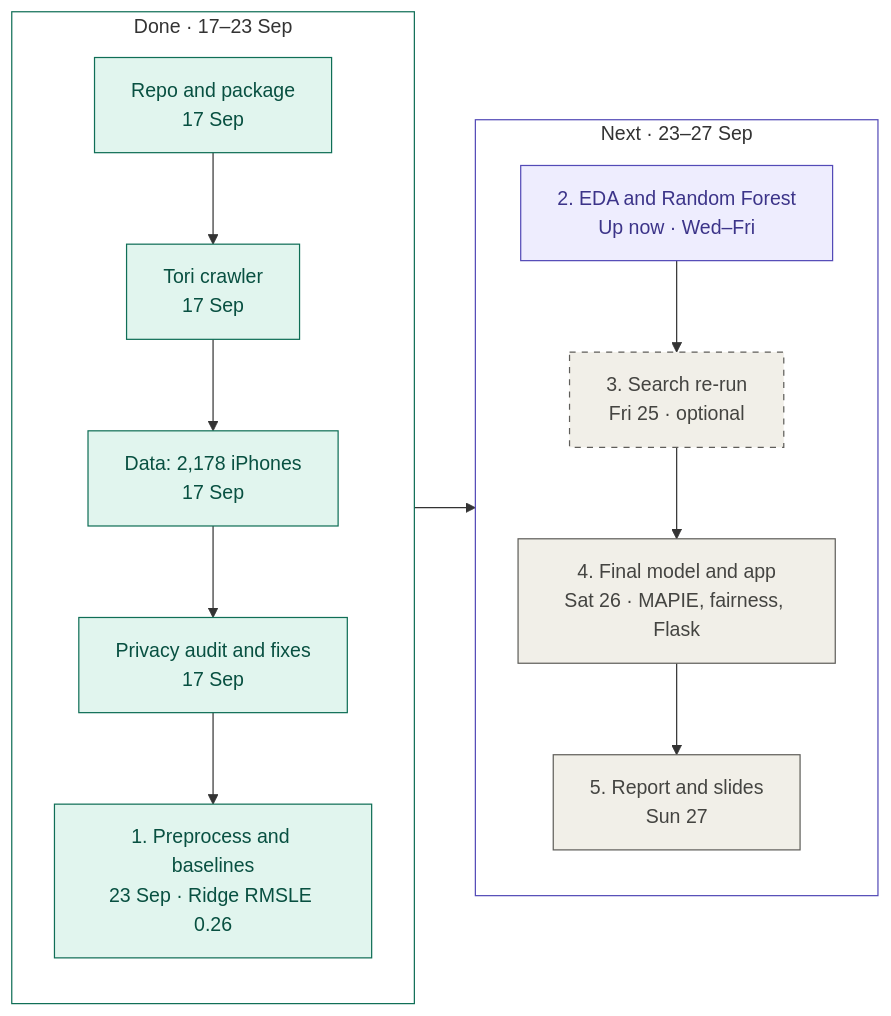
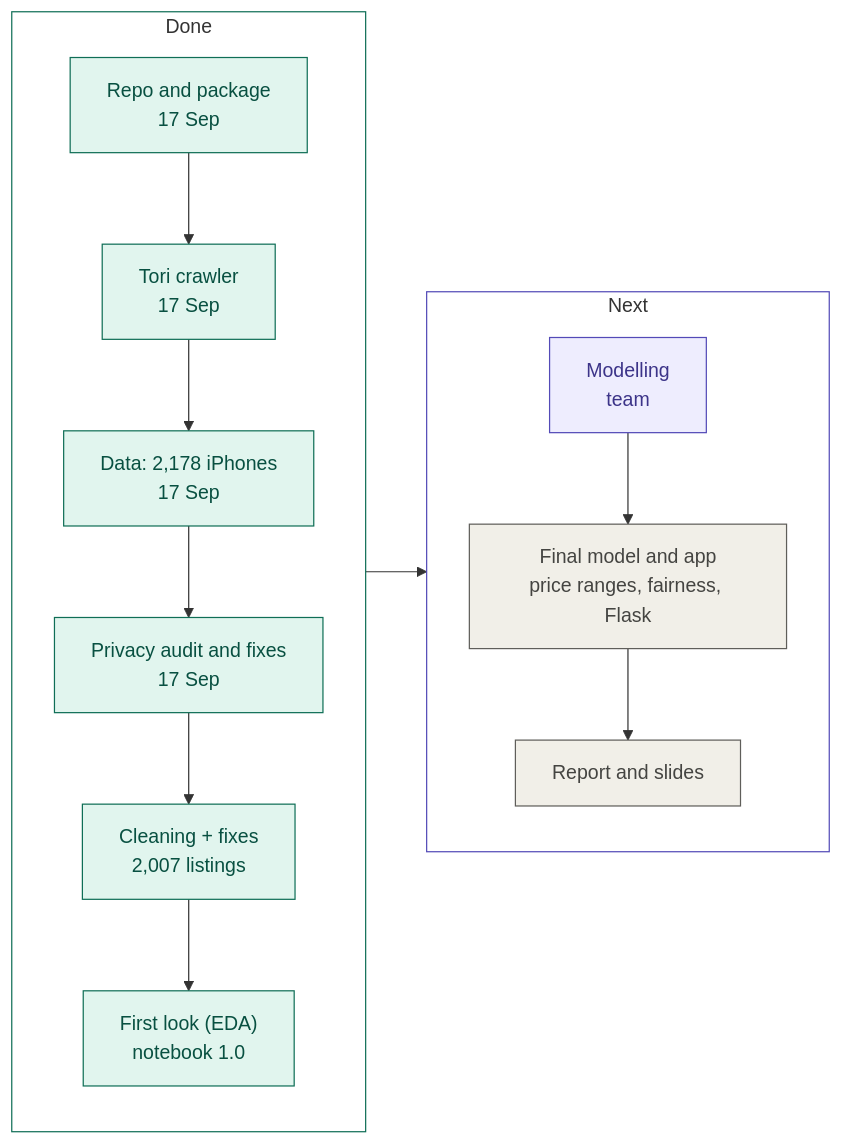
Before and after one commit to HashirSalam/priced-right: the first of 2 diagrams in README.md, drawn with Mermaid. The commit also changed other lines of this file and 9 other files, not shown here.

First line of the commit message:
Step back to the first-look stage, keep the cleaning fixes (#5)

````diff
--- a/README.md
+++ b/README.md
@@ -34,23 +34,21 @@
 ```mermaid
 flowchart LR
-    subgraph done["Done · 17–23 Sep"]
+    subgraph done["Done"]
         direction TB
-        a["Repo and package<br/>17 Sep"] --> b["Tori crawler<br/>17 Sep"] --> c["Data: 2,178 iPhones<br/>17 Sep"] --> d["Privacy audit and fixes<br/>17 Sep"] --> s1["1. Preprocess and baselines<br/>23 Sep · Ridge RMSLE 0.26"]
+        a["Repo and package<br/>17 Sep"] --> b["Tori crawler<br/>17 Sep"] --> c["Data: 2,178 iPhones<br/>17 Sep"] --> d["Privacy audit and fixes<br/>17 Sep"] --> e["Cleaning + fixes<br/>2,007 listings"] --> f["First look (EDA)<br/>notebook 1.0"]
     end
-    subgraph next["Next · 23–27 Sep"]
+    subgraph next["Next"]
         direction TB
-        s2["2. EDA and Random Forest<br/>Up now · Wed–Fri"] --> s3["3. Search re-run<br/>Fri 25 · optional"] --> s4["4. Final model and app<br/>Sat 26 · MAPIE, fairness, Flask"] --> s5["5. Report and slides<br/>Sun 27"]
+        g["Modelling<br/>team"] --> h["Final model and app<br/>price ranges, fairness, Flask"] --> i["Report and slides"]
     end
     done --> next
 
     classDef done fill:#E1F5EE,stroke:#0F6E56,color:#085041
     classDef now fill:#EEEDFE,stroke:#534AB7,color:#3C3489
     classDef upcoming fill:#F1EFE8,stroke:#5F5E5A,color:#444441
-    classDef optional fill:#F1EFE8,stroke:#5F5E5A,color:#444441,stroke-dasharray: 5 5
-    class a,b,c,d,s1 done
-    class s2 now
-    class s4,s5 upcoming
-    class s3 optional
+    class a,b,c,d,e,f done
+    class g now
+    class h,i upcoming
     style done fill:none,stroke:#0F6E56
     style next fill:none,stroke:#534AB7
 ```
````
